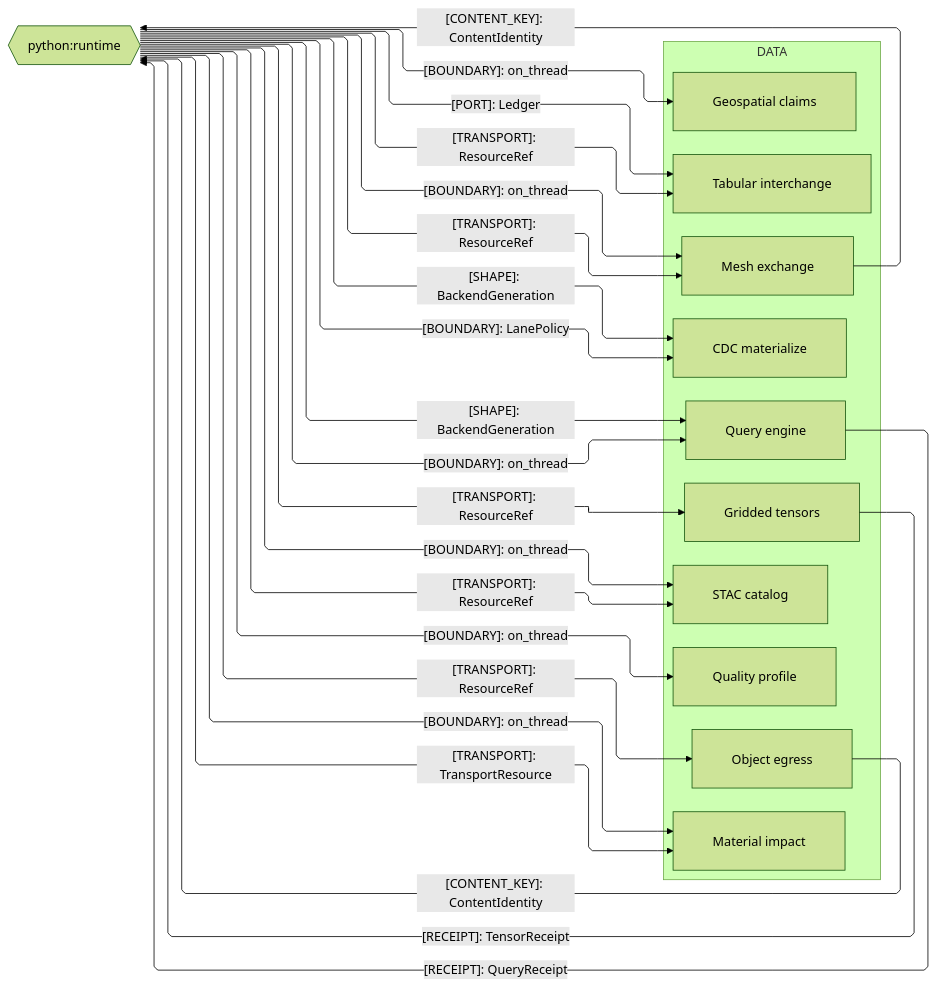
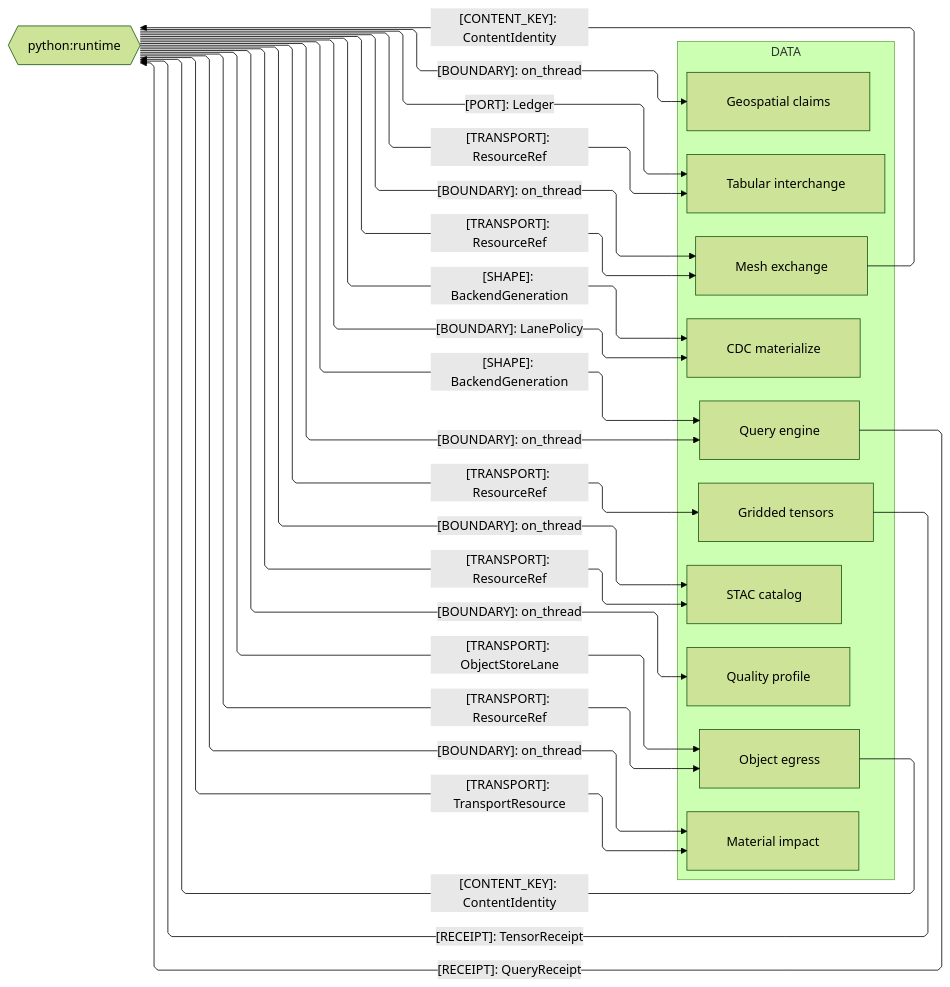
Before and after one commit to bsamiee/Rasm: the second of 4 diagrams in libs/python/data/ARCHITECTURE.md, drawn with Mermaid (forest theme). The commit also changed other lines of this file and 108 other files, not shown here.

Commit message:
Land the coldpass doc-set deltas across README, ARCHITECTURE, RULINGS, IDEAS, and TASKLOG files

````diff
--- a/libs/python/data/ARCHITECTURE.md
+++ b/libs/python/data/ARCHITECTURE.md
@@ -117,45 +118,46 @@
 ```mermaid
 ---
 config:
   layout: elk
   flowchart:
     curve: linear
     padding: 25
 ---
 flowchart LR
     accTitle: Data package Python host-runtime seam registry
     accDescr: Data sub-domain owners exchanging content identity, transport, receipts, thread boundaries, and the durable evidence port with the Python host runtime sibling.
     subgraph data[DATA]
         Tabular[Tabular interchange]
         Egress[Object egress]
         Query[Query engine]
         Materialize[CDC materialize]
         Catalog[STAC catalog]
         Gridded[Gridded tensors]
         Impact[Material impact]
         Profile[Quality profile]
         Geospatial[Geospatial claims]
         Mesh[Mesh exchange]
     end
     Runtime{{python:runtime}}
     Egress e1@-->|"[CONTENT_KEY]: ContentIdentity"| Runtime
     Query e3@-->|"[RECEIPT]: QueryReceipt"| Runtime
     Gridded e19@-->|"[RECEIPT]: TensorReceipt"| Runtime
     Mesh e2@-->|"[CONTENT_KEY]: ContentIdentity"| Runtime
     Runtime e4@-->|"[TRANSPORT]: ResourceRef"| Tabular
     Runtime e28@-->|"[PORT]: Ledger"| Tabular
     Runtime e20@-->|"[TRANSPORT]: ResourceRef"| Egress
+    Runtime e29@-->|"[TRANSPORT]: ObjectStoreLane"| Egress
     Runtime e11@-->|"[BOUNDARY]: on_thread"| Query
     Runtime e26@-->|"[SHAPE]: BackendGeneration"| Query
     Runtime e17@-->|"[BOUNDARY]: LanePolicy"| Materialize
     Runtime e27@-->|"[SHAPE]: BackendGeneration"| Materialize
     Runtime e23@-->|"[TRANSPORT]: ResourceRef"| Catalog
     Runtime e18@-->|"[BOUNDARY]: on_thread"| Catalog
     Runtime e21@-->|"[TRANSPORT]: ResourceRef"| Gridded
     Runtime e5@-->|"[TRANSPORT]: TransportResource"| Impact
     Runtime e24@-->|"[BOUNDARY]: on_thread"| Impact
     Runtime e14@-->|"[BOUNDARY]: on_thread"| Profile
     Runtime e12@-->|"[BOUNDARY]: on_thread"| Geospatial
     Runtime e22@-->|"[TRANSPORT]: ResourceRef"| Mesh
     Runtime e13@-->|"[BOUNDARY]: on_thread"| Mesh
 ```
````
